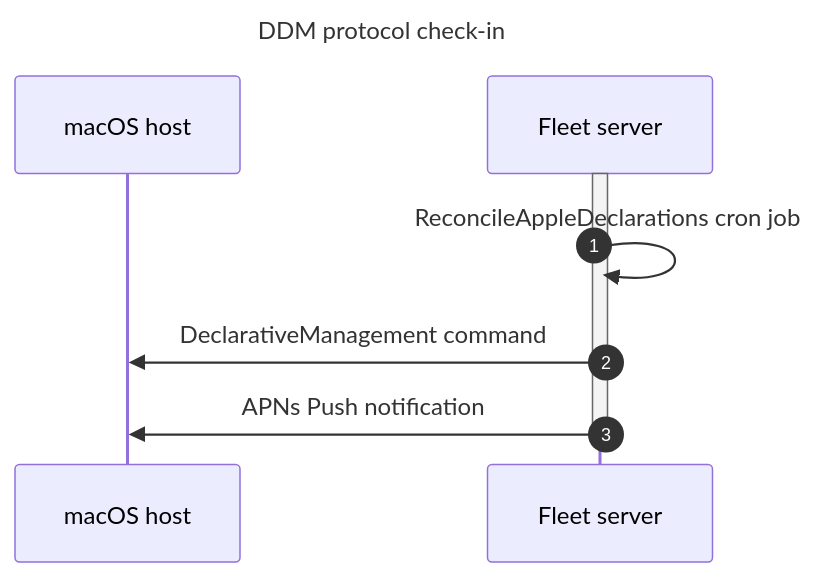
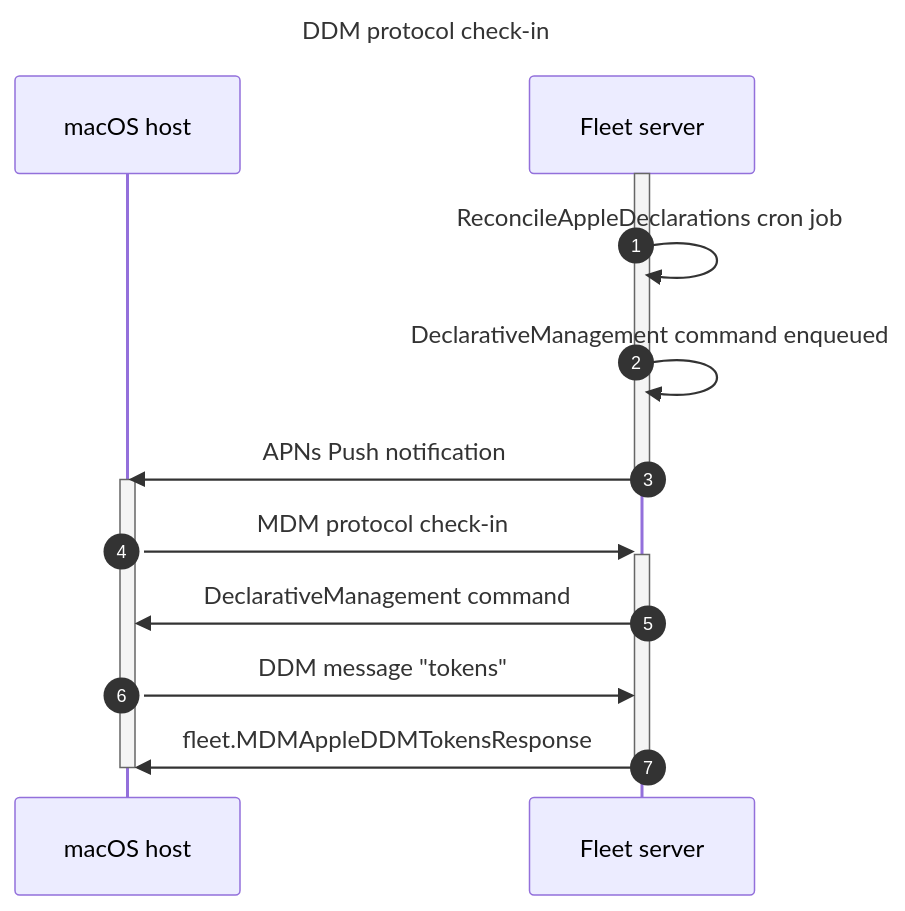
Before and after one commit to fleetdm/fleet: the diagram in docs/Contributing/architecture/mdm/apple-declarative-device-management.md, drawn with Mermaid. The commit also changed other lines of this file, not shown here.

Commit message:
More work on diagram

````diff
--- a/docs/Contributing/architecture/mdm/apple-declarative-device-management.md
+++ b/docs/Contributing/architecture/mdm/apple-declarative-device-management.md
@@ -102,15 +102,22 @@
 ```mermaid
 ---
 title: DDM protocol check-in
 ---
 sequenceDiagram
     autonumber
     participant host as macOS host
     participant fleet as Fleet server
 
 	activate fleet
 	fleet->>fleet: ReconcileAppleDeclarations cron job
-	fleet->>host: DeclarativeManagement command
+	fleet->>fleet: DeclarativeManagement command enqueued
 	fleet->>host: APNs Push notification
 	deactivate fleet
+
+	activate host
+	host->>+fleet: MDM protocol check-in
+	fleet->>host: DeclarativeManagement command
+	host->>fleet: DDM message "tokens"
+	fleet->>-host: fleet.MDMAppleDDMTokensResponse
+	deactivate host
 ```
````
